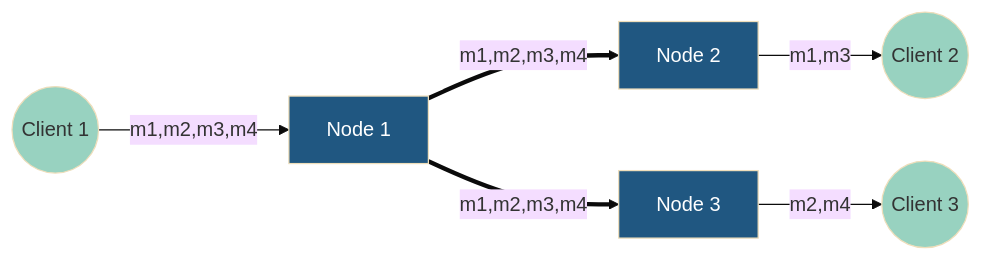
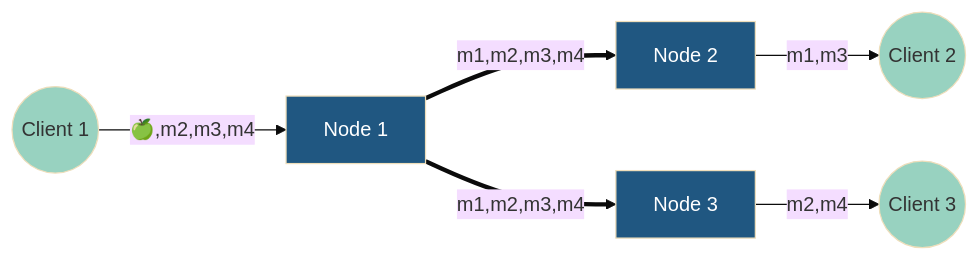
One commit to niklas-enns/message-broker changed the third of 3 diagrams in README.md. Above: the diagram before and after it, drawn with Mermaid (base theme).

Commit message:
reformat table

````diff
--- a/README.md
+++ b/README.md
@@ -110,16 +110,16 @@
 ```mermaid
 graph LR;
     N1[Node 1]==>|m1,m2,m3,m4|N2[Node 2]
     N1==>|m1,m2,m3,m4|N3[Node 3]
     
-    C1((Client 1))-->|m1,m2,m3,m4|N1;
+    C1((Client 1))-->|🍏,m2,m3,m4|N1;
     N2-->|m1,m3|C2((Client 2));
     N3-->|m2,m4|C3((Client 3));
     
     classDef c1 fill:#205781,color:white;
     classDef c2 fill:#4F959D,color:white;
     classDef c3 fill:#98D2C0;
     classDef c4 fill:#F6F8D5;
     class N1,N2,N3 c1
     class C1,C2,C3,C4 c3
 ```
````
